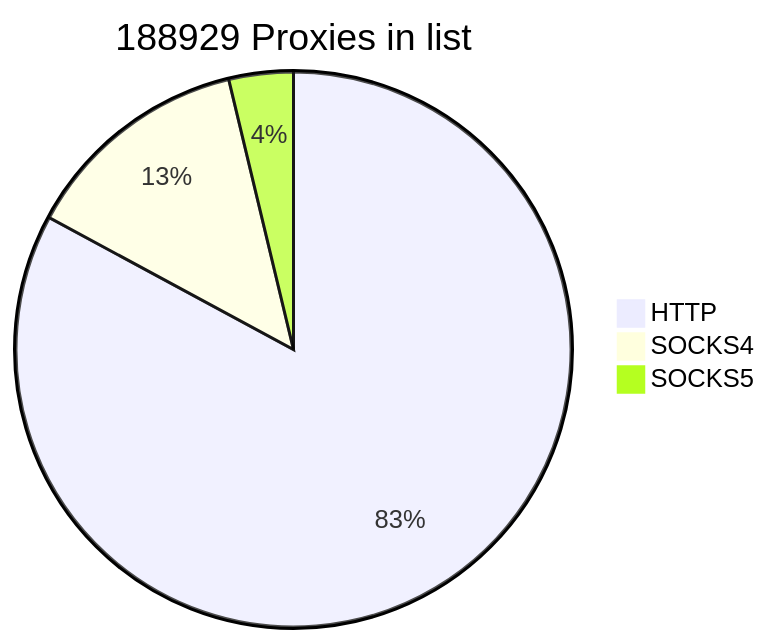
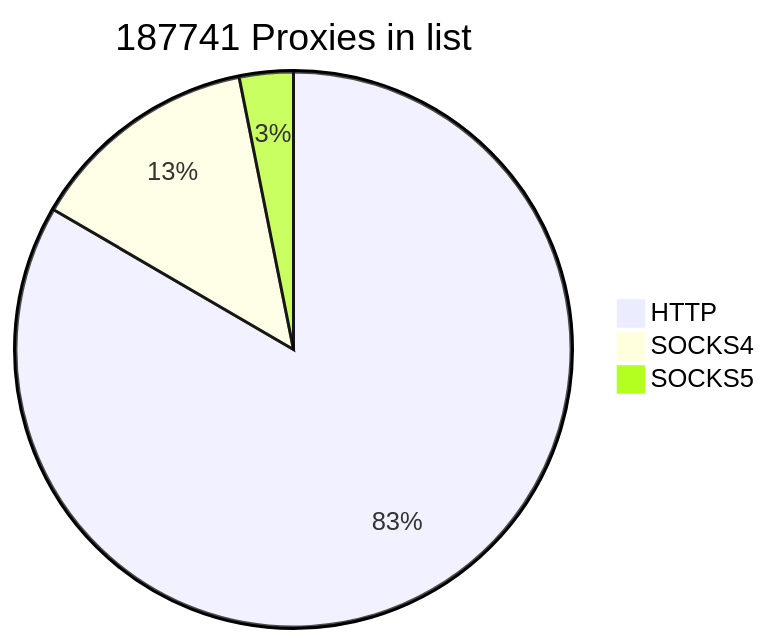
The first of 2 diagrams in README.md (cutipu/proxylist), drawn with Mermaid before and after one commit. The commit also changed other lines of this file, not shown here.

````diff
--- a/README.md
+++ b/README.md
@@ -2,7 +2,7 @@
 ```mermaid
-pie title 188929 Proxies in list
+pie title 187741 Proxies in list
     "HTTP" : 156580
     "SOCKS4" : 25270
-    "SOCKS5" : 7079
+    "SOCKS5" : 5891
             
 ```
````
